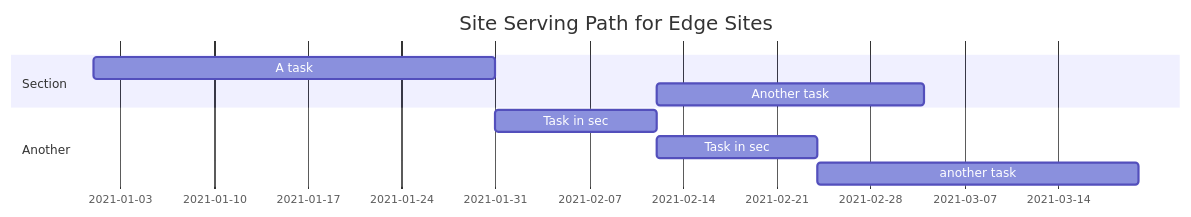
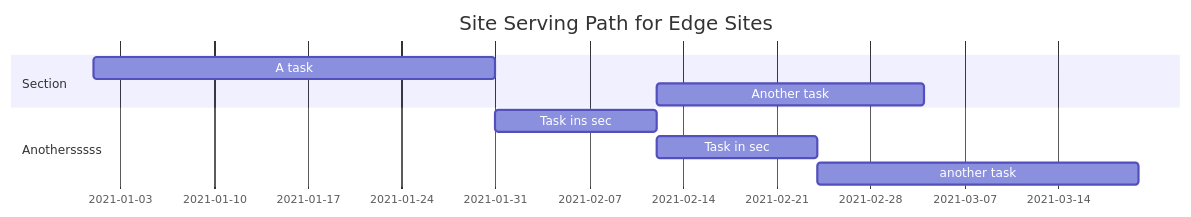
Before and after one commit to mattalexander-pantheon/edge-sites-planning: the diagram in diagram.md, drawn with Mermaid. The commit also changed other lines of this file, not shown here.

Commit message:
misc fixing

````diff
--- a/diagram.md
+++ b/diagram.md
@@ -10,14 +10,14 @@
 ```mermaid
 gantt
     title Site Serving Path for Edge Sites
     dateFormat  MM-DD
 
     section Section
     A task           :a1, 01-01, 30d
     Another task     :after a  , 20d
 
-    section Another
-    Task in sec      :a,after a1, 12d
+    section Anothersssss
+    Task ins sec      :a,after a1, 12d
     Task in sec      :after a, 12d
     another task      : 24d
 ```
````
